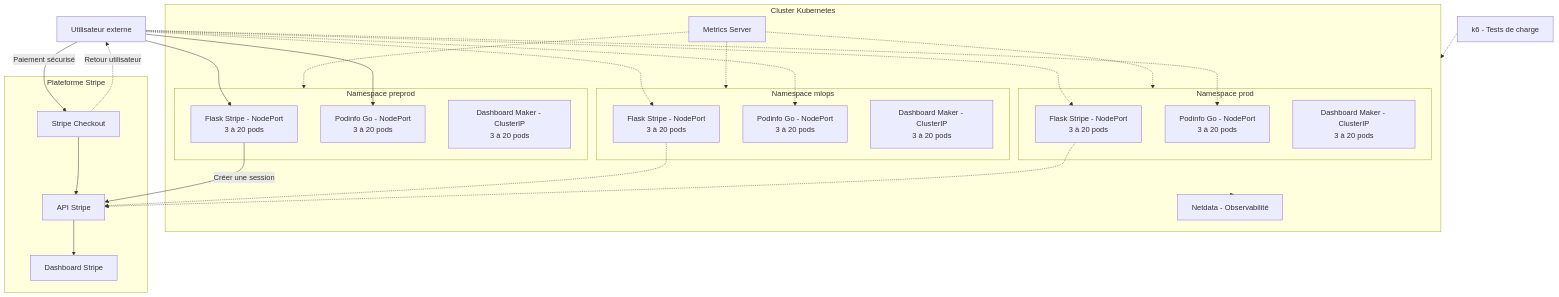
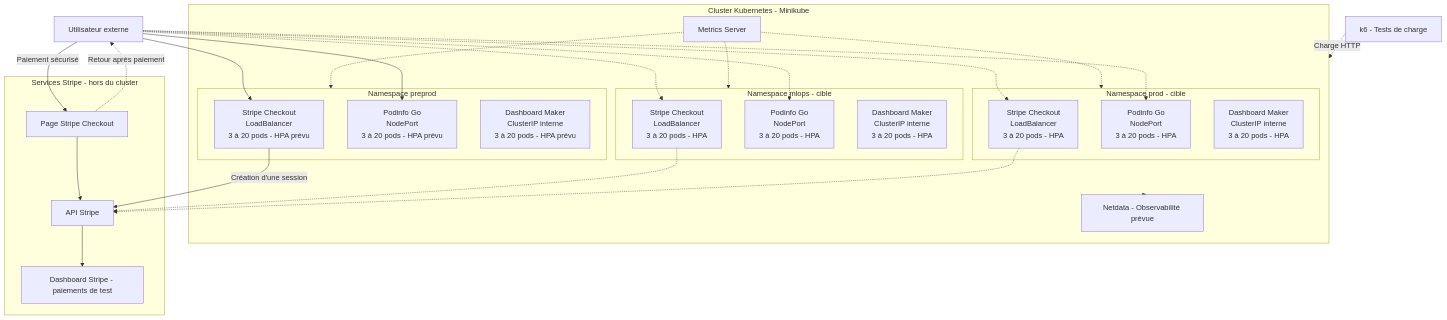
One commit to AmazingSchoolBags/TP-E5-5SDWANA-CH-04-11-2026 changed the diagram in README.md. Above: the diagram before and after it, drawn with Mermaid. The commit also changed other lines of this file, not shown here.

````diff
--- a/README.md
+++ b/README.md
@@ -46,56 +41,54 @@
 ```mermaid
 flowchart TB
     USER["Utilisateur externe"]
     K6["k6 - Tests de charge"]
 
-    subgraph CLUSTER["Cluster Kubernetes"]
+    subgraph K8S["Cluster Kubernetes - Minikube"]
         METRICS["Metrics Server"]
 
-        subgraph MLOPS["Namespace mlops"]
-            M1["Flask Stripe - NodePort<br/>3 à 20 pods"]
-            M2["Podinfo Go - NodePort<br/>3 à 20 pods"]
-            M3["Dashboard Maker - ClusterIP<br/>3 à 20 pods"]
+        subgraph MLOPS["Namespace mlops - cible"]
+            M1["Stripe Checkout<br/>LoadBalancer<br/>3 à 20 pods - HPA"]
+            M2["Podinfo Go<br/>NodePort<br/>3 à 20 pods - HPA"]
+            M3["Dashboard Maker<br/>ClusterIP interne<br/>3 à 20 pods - HPA"]
         end
 
         subgraph PREPROD["Namespace preprod"]
-            P1["Flask Stripe - NodePort<br/>3 à 20 pods"]
-            P2["Podinfo Go - NodePort<br/>3 à 20 pods"]
-            P3["Dashboard Maker - ClusterIP<br/>3 à 20 pods"]
+            P1["Stripe Checkout<br/>LoadBalancer<br/>3 à 20 pods - HPA prévu"]
+            P2["Podinfo Go<br/>NodePort<br/>3 à 20 pods - HPA prévu"]
+            P3["Dashboard Maker<br/>ClusterIP interne<br/>3 à 20 pods - HPA prévu"]
         end
 
-        subgraph PROD["Namespace prod"]
-            R1["Flask Stripe - NodePort<br/>3 à 20 pods"]
-            R2["Podinfo Go - NodePort<br/>3 à 20 pods"]
-            R3["Dashboard Maker - ClusterIP<br/>3 à 20 pods"]
+        subgraph PROD["Namespace prod - cible"]
+            R1["Stripe Checkout<br/>LoadBalancer<br/>3 à 20 pods - HPA"]
+            R2["Podinfo Go<br/>NodePort<br/>3 à 20 pods - HPA"]
+            R3["Dashboard Maker<br/>ClusterIP interne<br/>3 à 20 pods - HPA"]
         end
 
-        NET["Netdata - Observabilité"]
+        NET["Netdata - Observabilité prévue"]
     end
 
-    subgraph STRIPE["Plateforme Stripe"]
+    subgraph STRIPE["Services Stripe - hors du cluster"]
         API["API Stripe"]
-        CHECKOUT["Stripe Checkout"]
-        DASH["Dashboard Stripe"]
+        CHECKOUT["Page Stripe Checkout"]
+        DASH["Dashboard Stripe - paiements de test"]
     end
 
     USER --> P1
     USER --> P2
     USER -.-> M1 & M2
     USER -.-> R1 & R2
 
-    P1 -->|"Créer une session"| API
+    P1 -->|"Création d'une session"| API
     USER -->|"Paiement sécurisé"| CHECKOUT
     CHECKOUT --> API
     API --> DASH
-    CHECKOUT -.->|"Retour utilisateur"| USER
-
+    CHECKOUT -.->|"Retour après paiement"| USER
     M1 -.-> API
     R1 -.-> API
 
-    K6 -.-> CLUSTER
+    K6 -.->|"Charge HTTP"| K8S
     METRICS -.-> MLOPS
     METRICS -.-> PREPROD
     METRICS -.-> PROD
-
-    CLUSTER -.-> NET
+    K8S -.-> NET
 ```
````
